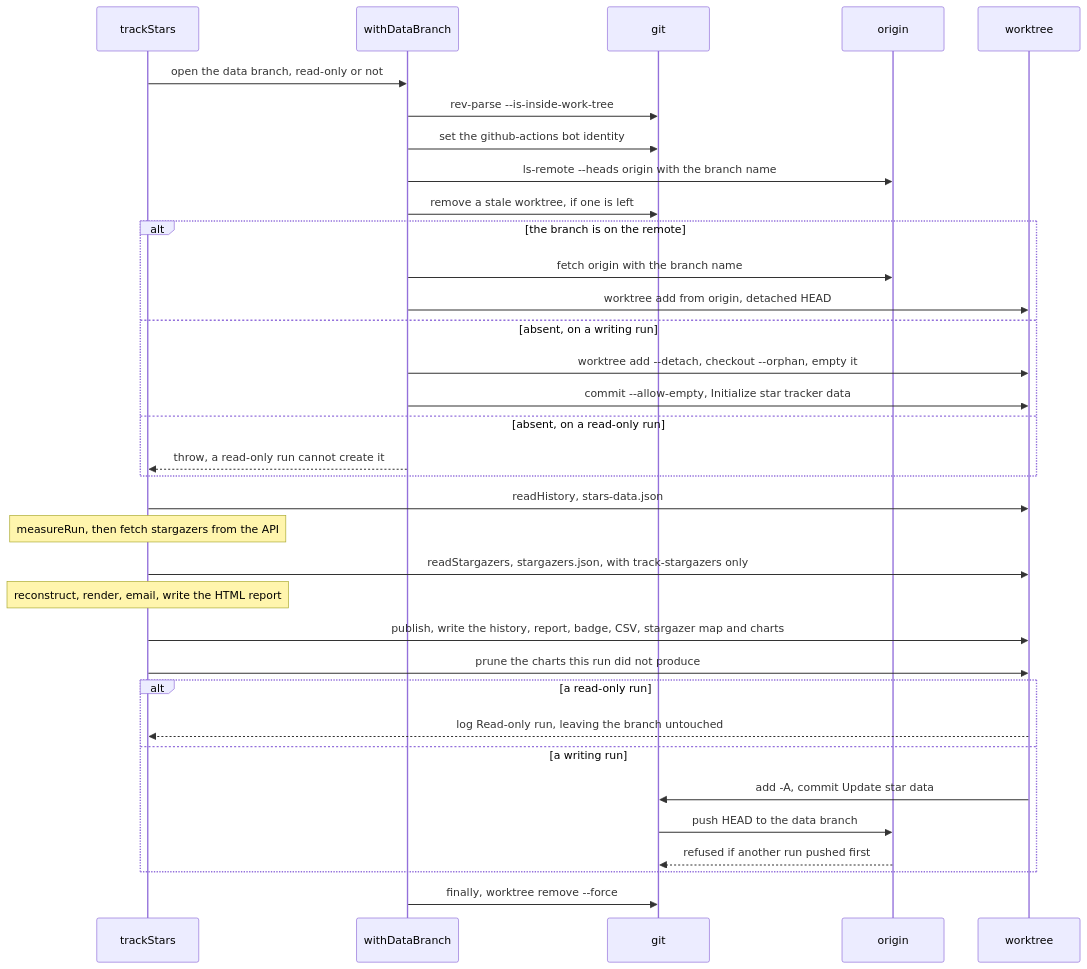
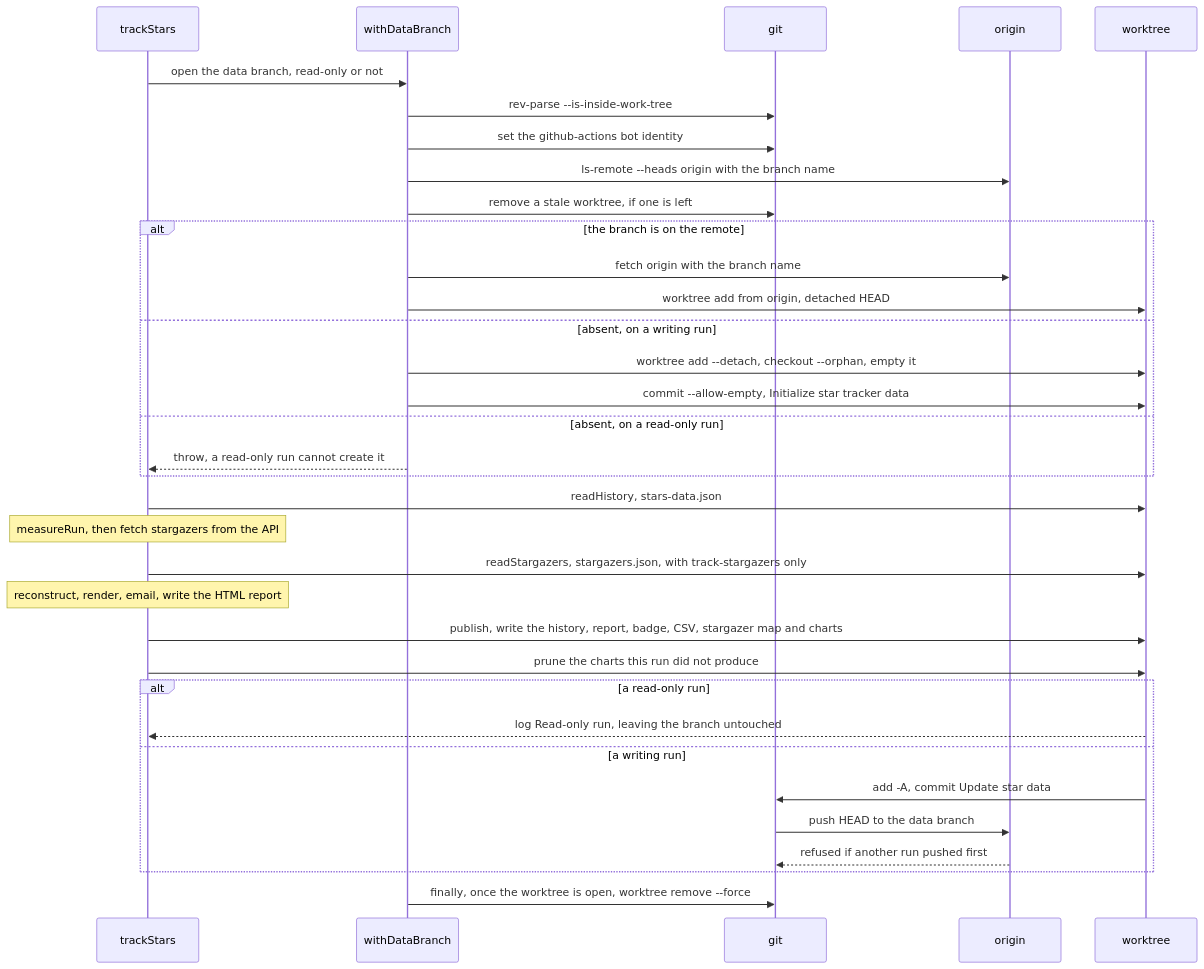
Before and after one commit to fbuireu/github-star-tracker: the second of 2 diagrams in docs/wiki/How-It-Works.md, drawn with Mermaid. The commit also changed other lines of this file and 2 other files, not shown here.

````diff
--- a/docs/wiki/How-It-Works.md
+++ b/docs/wiki/How-It-Works.md
@@ -324,41 +327,41 @@
 ```mermaid
 ---
 config:
   look: handDrawn
   layout: dagre
 ---
 sequenceDiagram
     participant T as trackStars
     participant W as withDataBranch
     participant G as git
     participant O as origin
     participant D as worktree
     T->>W: open the data branch, read-only or not
     W->>G: rev-parse --is-inside-work-tree
     W->>G: set the github-actions bot identity
     W->>O: ls-remote --heads origin with the branch name
     W->>G: remove a stale worktree, if one is left
     alt the branch is on the remote
         W->>O: fetch origin with the branch name
         W->>D: worktree add from origin, detached HEAD
     else absent, on a writing run
         W->>D: worktree add --detach, checkout --orphan, empty it
         W->>D: commit --allow-empty, Initialize star tracker data
     else absent, on a read-only run
         W-->>T: throw, a read-only run cannot create it
     end
     T->>D: readHistory, stars-data.json
     Note over T: measureRun, then fetch stargazers from the API
     T->>D: readStargazers, stargazers.json, with track-stargazers only
     Note over T: reconstruct, render, email, write the HTML report
     T->>D: publish, write the history, report, badge, CSV, stargazer map and charts
     T->>D: prune the charts this run did not produce
     alt a read-only run
         D-->>T: log Read-only run, leaving the branch untouched
     else a writing run
         D->>G: add -A, commit Update star data
         G->>O: push HEAD to the data branch
         O-->>G: refused if another run pushed first
     end
-    W->>G: finally, worktree remove --force
+    W->>G: finally, once the worktree is open, worktree remove --force
 ```
````
